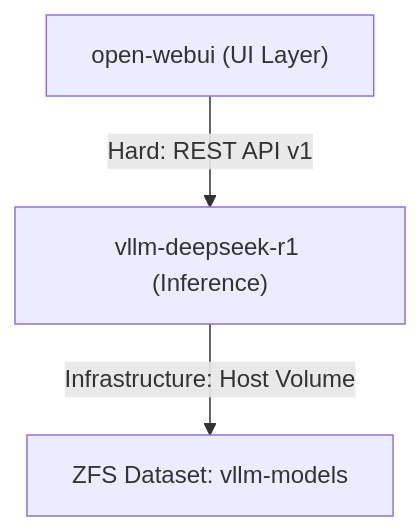
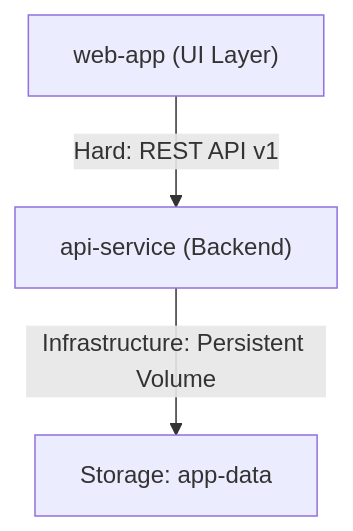
Before and after one commit to pihanya/workplace-scaffold: the second of 5 diagrams in .data/workplace-init-bundle/standards/standard-service-dependencies.md, drawn with Mermaid. The commit also changed other lines of this file and 6 other files, not shown here.

````diff
--- a/.data/workplace-init-bundle/standards/standard-service-dependencies.md
+++ b/.data/workplace-init-bundle/standards/standard-service-dependencies.md
@@ -133,5 +133,5 @@
 ```mermaid
 flowchart TB
-    OpenWebUi["open-webui (UI Layer)"] -->|Hard: REST API v1| Vllm["vllm-deepseek-r1 (Inference)"]
-    Vllm -->|Infrastructure: Host Volume| Dataset["ZFS Dataset: vllm-models"]
+    WebApp["web-app (UI Layer)"] -->|Hard: REST API v1| ApiService["api-service (Backend)"]
+    ApiService -->|Infrastructure: Persistent Volume| Storage["Storage: app-data"]
 ```
````
